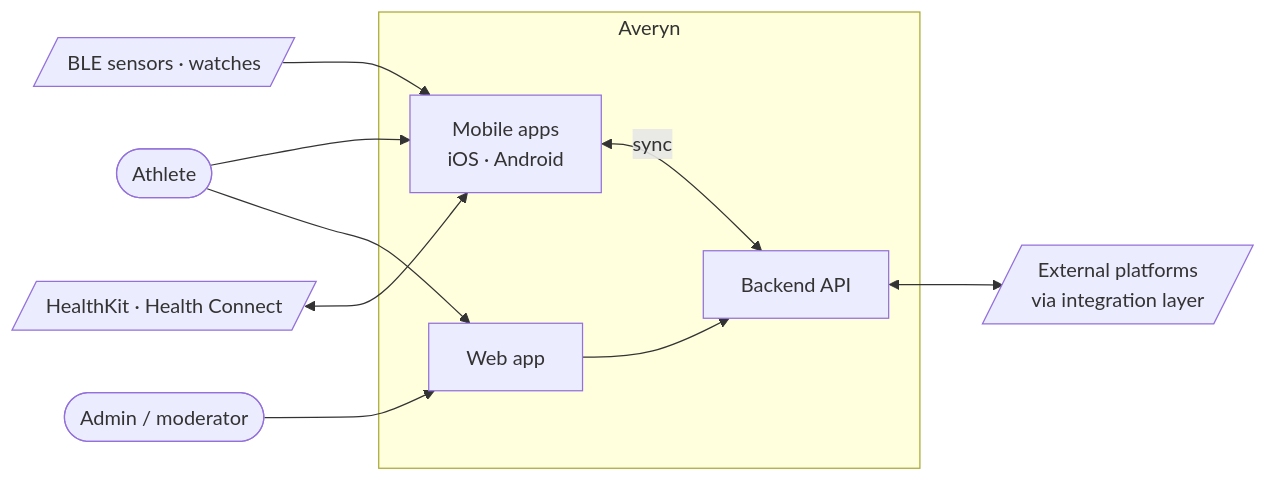
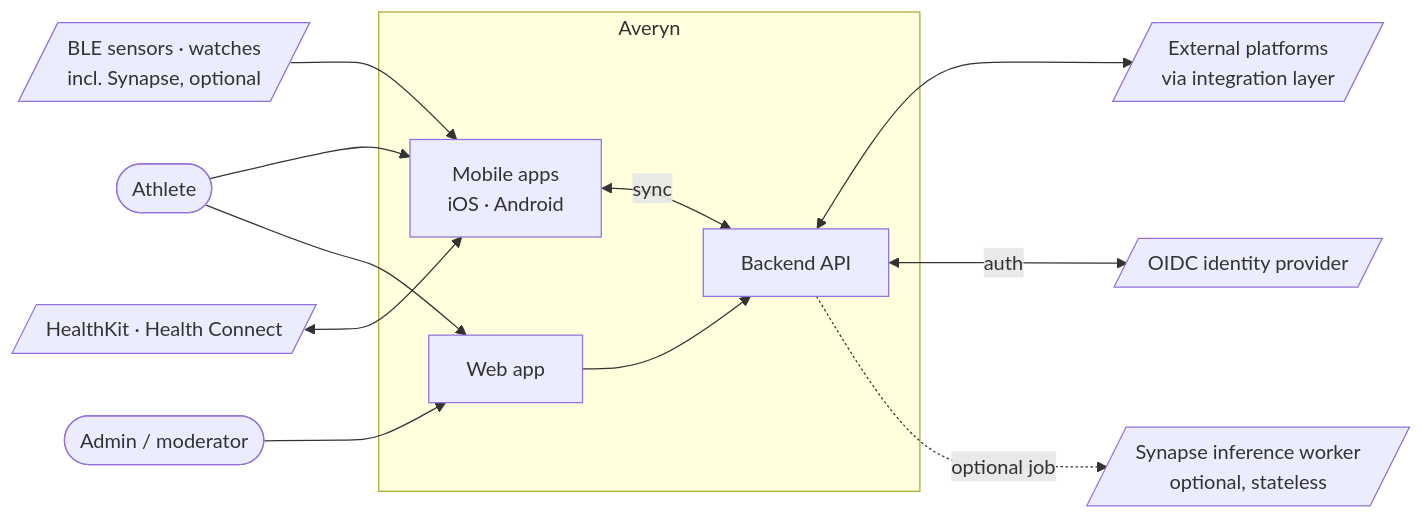
One commit to AlessioBrillo/averyn changed the first of 2 diagrams in docs/architecture/overview.md. Above: the diagram before and after it, drawn with Mermaid. The commit also changed other lines of this file and 24 other files, not shown here.

````diff
--- a/docs/architecture/overview.md
+++ b/docs/architecture/overview.md
@@ -7,20 +7,24 @@
 ```mermaid
 flowchart LR
   athlete([Athlete])
   admin([Admin / moderator])
   subgraph averyn["Averyn"]
     mobile[Mobile apps<br/>iOS · Android]
     web[Web app]
     api[Backend API]
   end
-  sensors[/BLE sensors · watches/]
+  sensors[/BLE sensors · watches<br/>incl. Synapse, optional/]
   health[/HealthKit · Health Connect/]
   ext[/External platforms<br/>via integration layer/]
+  idp[/OIDC identity provider/]
+  worker[/Synapse inference worker<br/>optional, stateless/]
   athlete --> mobile & web
   admin --> web
   sensors --> mobile
   health <--> mobile
   mobile <-->|sync| api
   web --> api
   api <--> ext
+  api <-->|auth| idp
+  api -.optional job.-> worker
 ```
````
